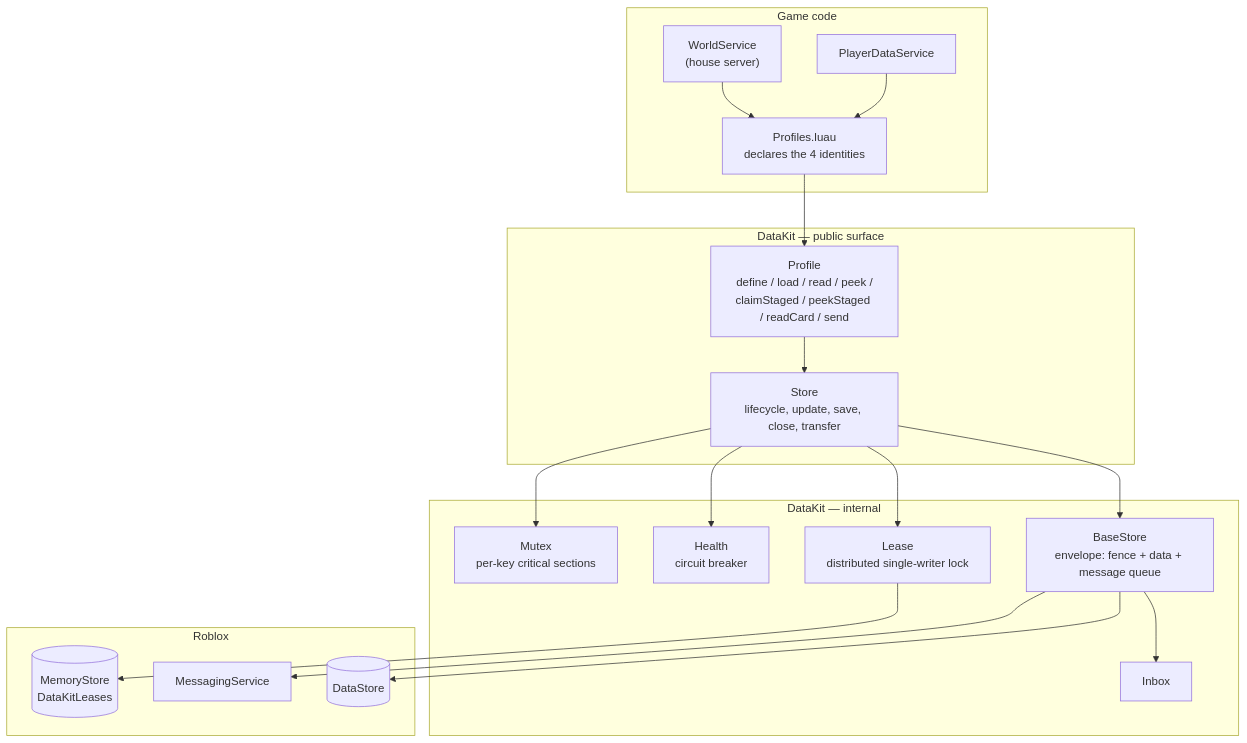
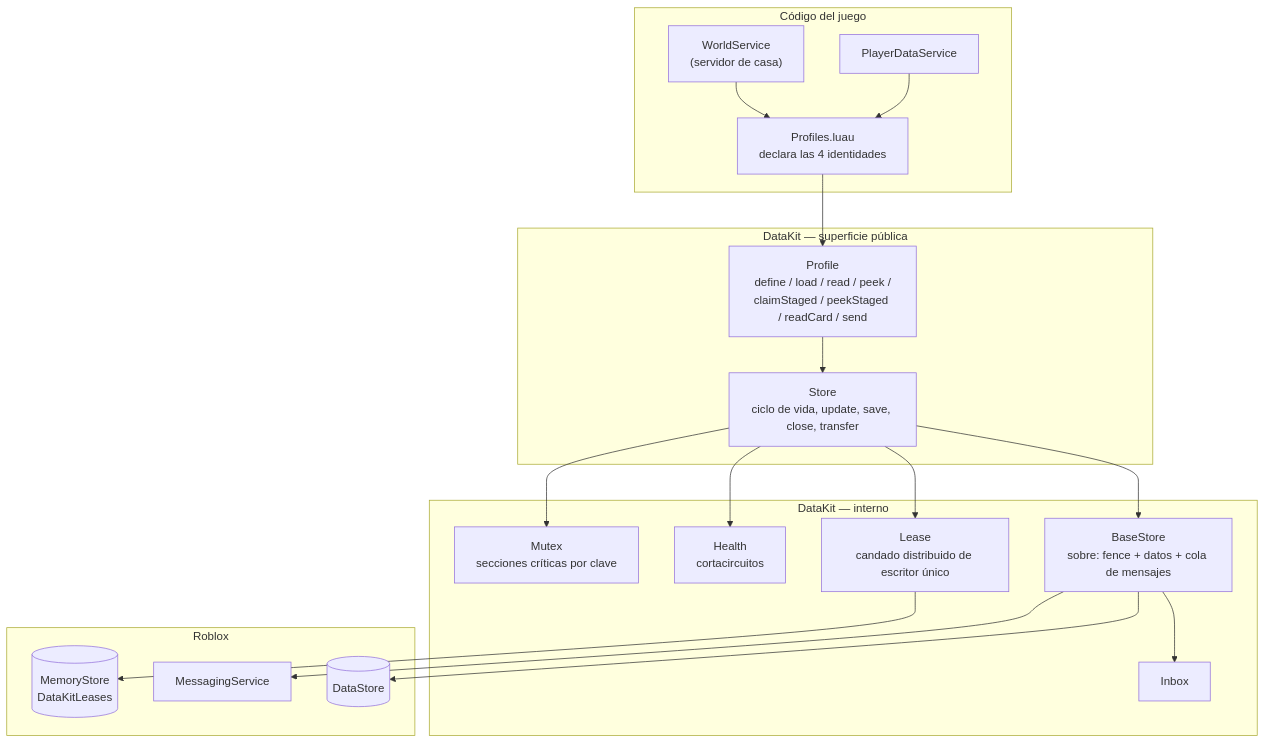
Before and after one commit to Arclyne/voz-hispana: the first of 2 diagrams in docs/architecture/persistence.md, drawn with Mermaid. The commit also changed other lines of this file and 8 other files, not shown here.

````diff
--- a/docs/architecture/persistence.md
+++ b/docs/architecture/persistence.md
@@ -45,40 +45,40 @@
 ```mermaid
 flowchart TB
-    subgraph GAME["Game code"]
-        WSV["WorldService<br/>(house server)"]
+    subgraph GAME["Código del juego"]
+        WSV["WorldService<br/>(servidor de casa)"]
         PDS["PlayerDataService"]
-        PROF["Profiles.luau<br/>declares the 4 identities"]
+        PROF["Profiles.luau<br/>declara las 4 identidades"]
     end
 
-    subgraph DK["DataKit — public surface"]
+    subgraph DK["DataKit — superficie pública"]
         PR["Profile<br/>define / load / read / peek /<br/>claimStaged / peekStaged / readCard / send"]
-        ST["Store<br/>lifecycle, update, save, close, transfer"]
+        ST["Store<br/>ciclo de vida, update, save, close, transfer"]
     end
 
-    subgraph INT["DataKit — internal"]
-        BS["BaseStore<br/>envelope: fence + data + message queue"]
-        LS["Lease<br/>distributed single-writer lock"]
-        HL["Health<br/>circuit breaker"]
-        MX["Mutex<br/>per-key critical sections"]
+    subgraph INT["DataKit — interno"]
+        BS["BaseStore<br/>sobre: fence + datos + cola de mensajes"]
+        LS["Lease<br/>candado distribuido de escritor único"]
+        HL["Health<br/>cortacircuitos"]
+        MX["Mutex<br/>secciones críticas por clave"]
         IB["Inbox"]
     end
 
     subgraph RBX["Roblox"]
         DS[("DataStore")]
         MS[("MemoryStore<br/>DataKitLeases")]
         MSG["MessagingService"]
     end
 
     WSV --> PROF
     PDS --> PROF
     PROF --> PR
     PR --> ST
     ST --> BS
     ST --> LS
     ST --> HL
     ST --> MX
     BS --> IB
     BS --> DS
     BS --> MSG
     LS --> MS
 ```
````
